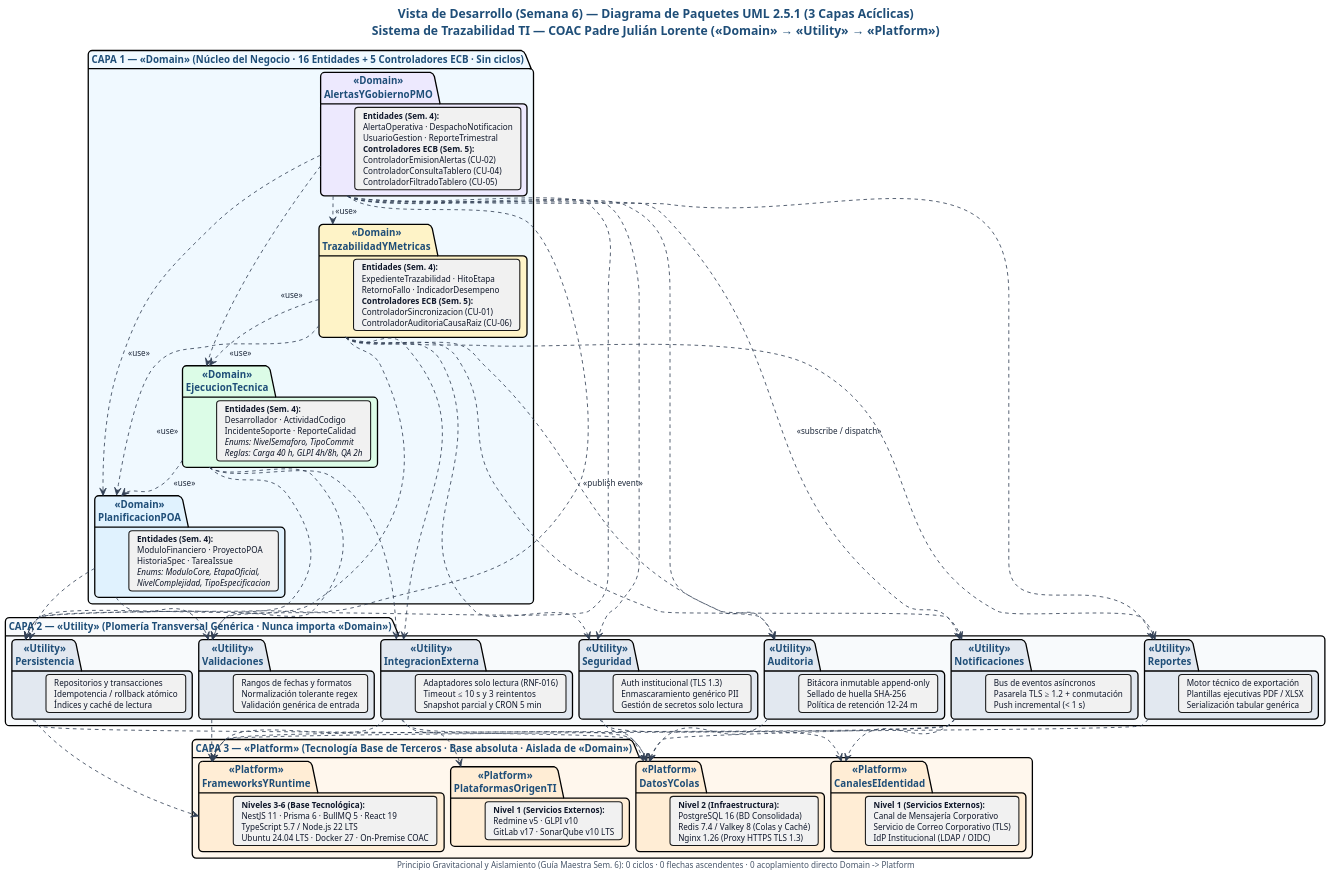
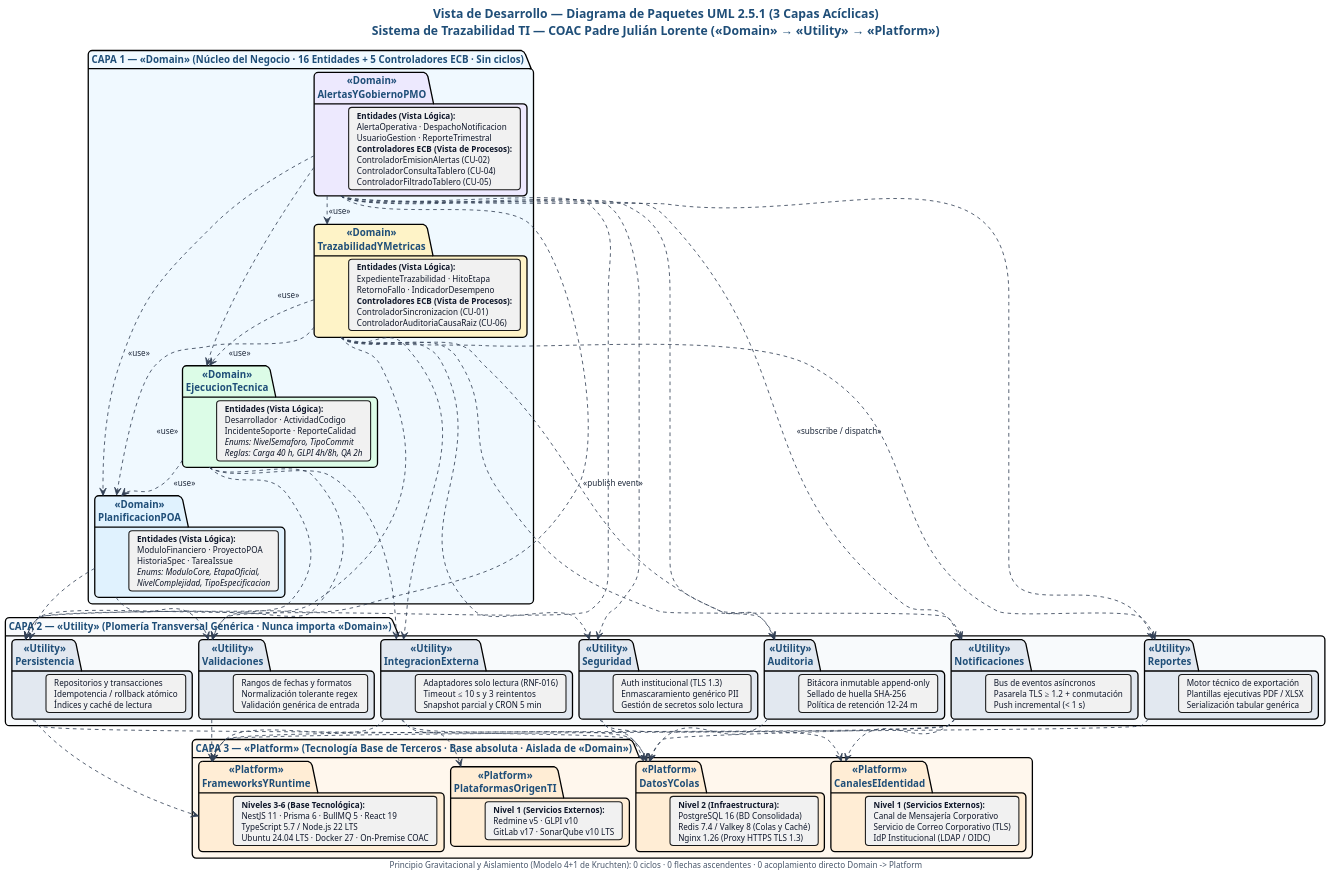
Before and after one commit to ArquitecturaSoftwareEC-UNI/PadreJulianLorente_Trazabilidad: the diagram in docs/uml/diagrama-paquetes-desarrollo.puml, drawn with PlantUML. The commit also changed 9 other files, not shown here.

```diff
--- a/docs/uml/diagrama-paquetes-desarrollo.puml
+++ b/docs/uml/diagrama-paquetes-desarrollo.puml
@@ -44,7 +44,7 @@
 }
 </style>
 
-title Vista de Desarrollo (Semana 6) — Diagrama de Paquetes UML 2.5.1 (3 Capas Acíclicas)\nSistema de Trazabilidad TI — COAC Padre Julián Lorente («Domain» → «Utility» → «Platform»)
+title Vista de Desarrollo — Diagrama de Paquetes UML 2.5.1 (3 Capas Acíclicas)\nSistema de Trazabilidad TI — COAC Padre Julián Lorente («Domain» → «Utility» → «Platform»)
 
 ' ============================================================================
 ' CAPA 1: DOMINIOS («Domain») — Núcleo puro del negocio (Cero SQL, Cero UI)
@@ -55,7 +55,7 @@
 
   package "«Domain»\nPlanificacionPOA" as D_Plan #E0F2FE {
     card C_Plan [
-      <b>Entidades (Sem. 4):</b>
+      <b>Entidades (Vista Lógica):</b>
       ModuloFinanciero · ProyectoPOA
       HistoriaSpec · TareaIssue
       <i>Enums: ModuloCore, EtapaOficial,</i>
@@ -65,7 +65,7 @@
 
   package "«Domain»\nEjecucionTecnica" as D_Ejec #DCFCE7 {
     card C_Ejec [
-      <b>Entidades (Sem. 4):</b>
+      <b>Entidades (Vista Lógica):</b>
       Desarrollador · ActividadCodigo
       IncidenteSoporte · ReporteCalidad
       <i>Enums: NivelSemaforo, TipoCommit</i>
@@ -75,10 +75,10 @@
 
   package "«Domain»\nTrazabilidadYMetricas" as D_Traz #FEF3C7 {
     card C_Traz [
-      <b>Entidades (Sem. 4):</b>
+      <b>Entidades (Vista Lógica):</b>
       ExpedienteTrazabilidad · HitoEtapa
       RetornoFallo · IndicadorDesempeno
-      <b>Controladores ECB (Sem. 5):</b>
+      <b>Controladores ECB (Vista de Procesos):</b>
       ControladorSincronizacion (CU-01)
       ControladorAuditoriaCausaRaiz (CU-06)
     ]
@@ -86,10 +86,10 @@
 
   package "«Domain»\nAlertasYGobiernoPMO" as D_Gov #EDE9FE {
     card C_Gov [
-      <b>Entidades (Sem. 4):</b>
+      <b>Entidades (Vista Lógica):</b>
       AlertaOperativa · DespachoNotificacion
       UsuarioGestion · ReporteTrimestral
-      <b>Controladores ECB (Sem. 5):</b>
+      <b>Controladores ECB (Vista de Procesos):</b>
       ControladorEmisionAlertas (CU-02)
       ControladorConsultaTablero (CU-04)
       ControladorFiltradoTablero (CU-05)
@@ -250,5 +250,5 @@
 U_Val  ..> P_Frm
 U_Rep  ..> P_Frm
 
-footer Principio Gravitacional y Aislamiento (Guía Maestra Sem. 6): 0 ciclos · 0 flechas ascendentes · 0 acoplamiento directo Domain -> Platform
+footer Principio Gravitacional y Aislamiento (Modelo 4+1 de Kruchten): 0 ciclos · 0 flechas ascendentes · 0 acoplamiento directo Domain -> Platform
 @enduml
```
